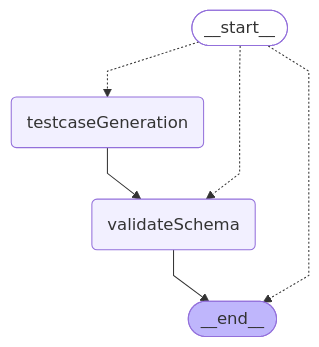
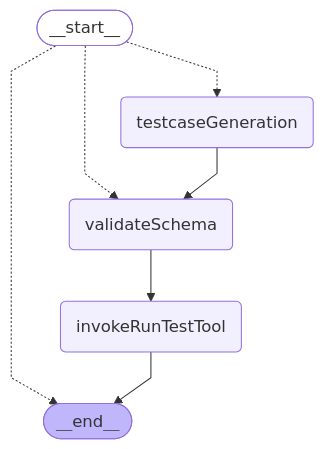
The fifth of 5 diagrams in frontend/internal-packages/agent/README.md (yzkee/liam), drawn with Mermaid before and after one commit. The commit also changed other lines of this file and 9 other files, not shown here.

First line of the commit message:
refactor(agent): split QA agent validation workflow and introduce test execution tool

````diff
--- a/frontend/internal-packages/agent/README.md
+++ b/frontend/internal-packages/agent/README.md
@@ -232,16 +232,18 @@
 ```mermaid
 %%{init: {'flowchart': {'curve': 'linear'}}}%%
 graph TD;
 	__start__([<p>__start__</p>]):::first
 	testcaseGeneration(testcaseGeneration)
 	validateSchema(validateSchema)
+	invokeRunTestTool(invokeRunTestTool)
 	__end__([<p>__end__</p>]):::last
-	testcaseGeneration --> validateSchema;
-	validateSchema --> __end__;
 	__start__ -.-> testcaseGeneration;
 	__start__ -.-> validateSchema;
 	__start__ -.-> __end__;
+	testcaseGeneration --> validateSchema;
+	validateSchema --> invokeRunTestTool;
+	invokeRunTestTool --> __end__;
 	classDef default fill:#f2f0ff,line-height:1.2;
 	classDef first fill-opacity:0;
 	classDef last fill:#bfb6fc;
 ```
````
